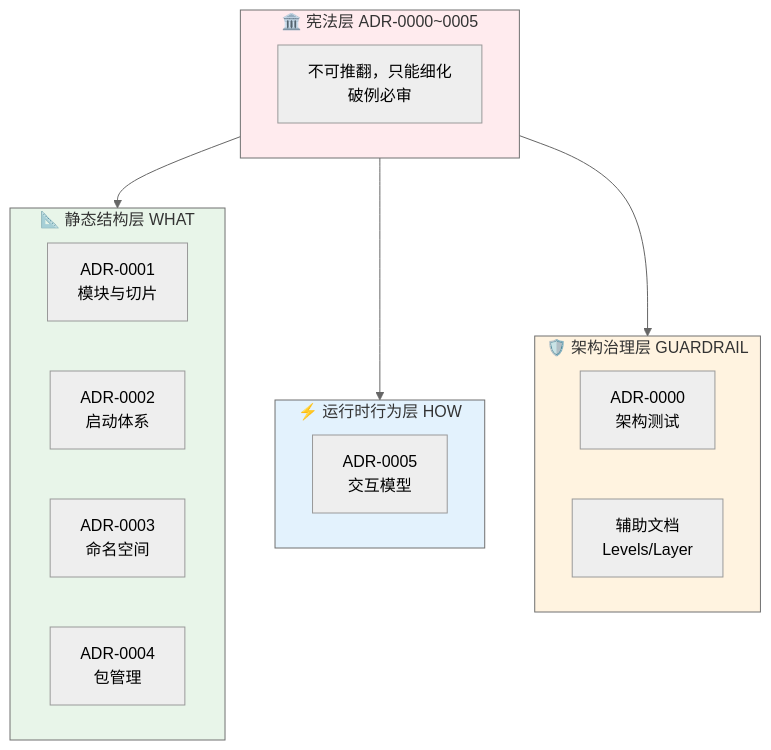
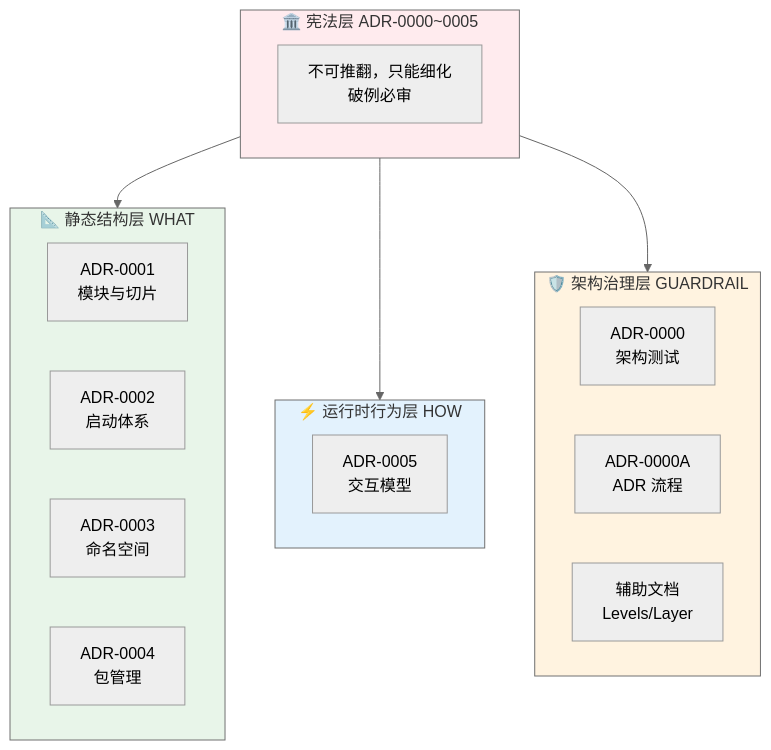
Before and after one commit to douhuaa/Zss.BilliardHall: the first of 2 diagrams in docs/adr/README.md, drawn with Mermaid (neutral theme). The commit also changed other lines of this file and 3 other files, not shown here.

````diff
--- a/docs/adr/README.md
+++ b/docs/adr/README.md
@@ -15,31 +15,32 @@
 ```mermaid
 graph TB
     subgraph Constitutional[🏛️ 宪法层 ADR-0000~0005]
         CONST[不可推翻，只能细化<br/>破例必审]
     end
     
     Constitutional --> Structure
     Constitutional --> Runtime
     Constitutional --> Governance
     
     subgraph Structure[📐 静态结构层 WHAT]
         ADR1[ADR-0001<br/>模块与切片]
         ADR2[ADR-0002<br/>启动体系]
         ADR3[ADR-0003<br/>命名空间]
         ADR4[ADR-0004<br/>包管理]
     end
     
     subgraph Runtime[⚡ 运行时行为层 HOW]
         ADR5[ADR-0005<br/>交互模型]
     end
     
     subgraph Governance[🛡️ 架构治理层 GUARDRAIL]
         ADR0[ADR-0000<br/>架构测试]
+        ADR0A[ADR-0000A<br/>ADR 流程]
         AUX[辅助文档<br/>Levels/Layer]
     end
     
     style Constitutional fill:#ffebee
     style Structure fill:#e8f5e9
     style Runtime fill:#e3f2fd
     style Governance fill:#fff3e0
 ```
````
